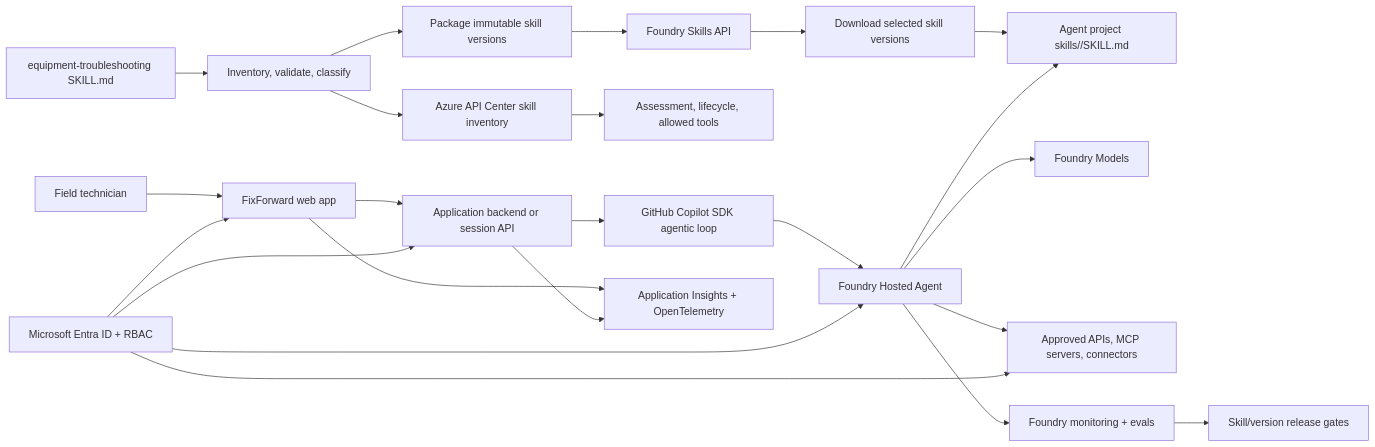
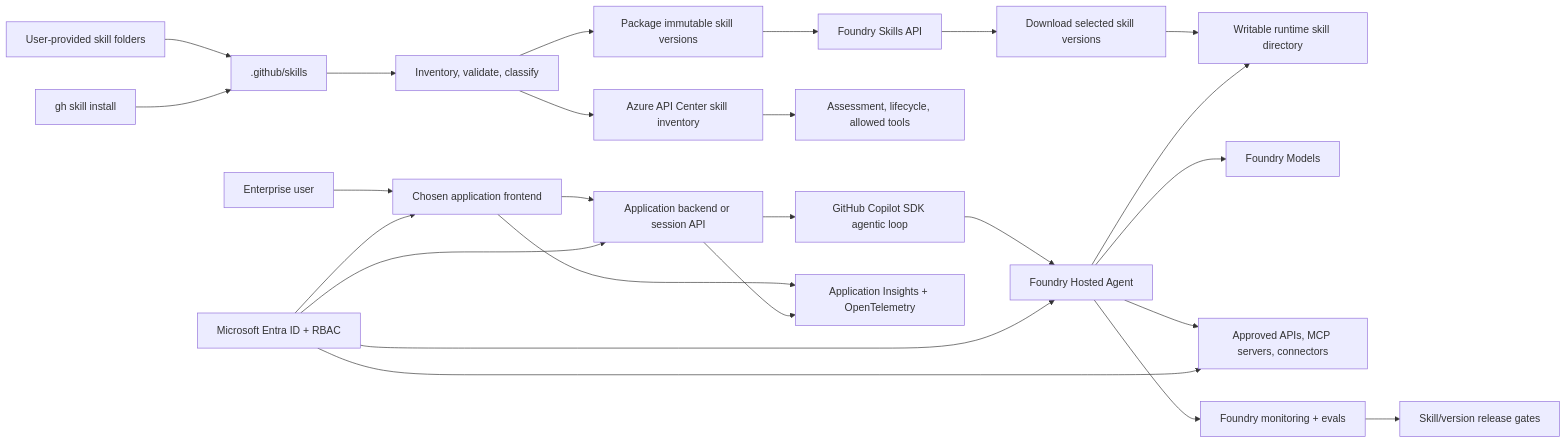
The diagram in playbooks/bring-your-own-skills/README.md (aiappsgbb/agentic-loop), drawn with Mermaid before and after one commit. The commit also changed other lines of this file and 1 other file, not shown here.

First line of the commit message:
Document skill intake options

````diff
--- a/playbooks/bring-your-own-skills/README.md
+++ b/playbooks/bring-your-own-skills/README.md
@@ -38,25 +38,27 @@
 ```mermaid
 flowchart LR
-  Proto[equipment-troubleshooting SKILL.md] --> Intake[Inventory, validate, classify]
+  Proto[User-provided skill folders] --> Project[.github/skills]
+  CLI[gh skill install] --> Project
+  Project --> Intake[Inventory, validate, classify]
   Intake --> Package[Package immutable skill versions]
   Package --> Skills[Foundry Skills API]
   Skills --> Download[Download selected skill versions]
-  Download --> SkillDir[Agent project skills/<name>/SKILL.md]
+  Download --> SkillDir[Writable runtime skill directory]
   Intake --> APIC[Azure API Center skill inventory]
   APIC --> Gov[Assessment, lifecycle, allowed tools]
-  User[Field technician] --> Frontend[FixForward web app]
+  User[Enterprise user] --> Frontend[Chosen application frontend]
   Frontend --> App[Application backend or session API]
   App --> SDK[GitHub Copilot SDK agentic loop]
   SDK --> Agent[Foundry Hosted Agent]
   Agent --> Models[Foundry Models]
   Agent --> SkillDir
   Agent --> Tools[Approved APIs, MCP servers, connectors]
   Entra[Microsoft Entra ID + RBAC] --> Frontend
   Entra --> App
   Entra --> Agent
   Entra --> Tools
   Frontend --> Insights[Application Insights + OpenTelemetry]
   App --> Insights[Application Insights + OpenTelemetry]
   Agent --> Monitor[Foundry monitoring + evals]
   Monitor --> Gates[Skill/version release gates]
 ```
````
